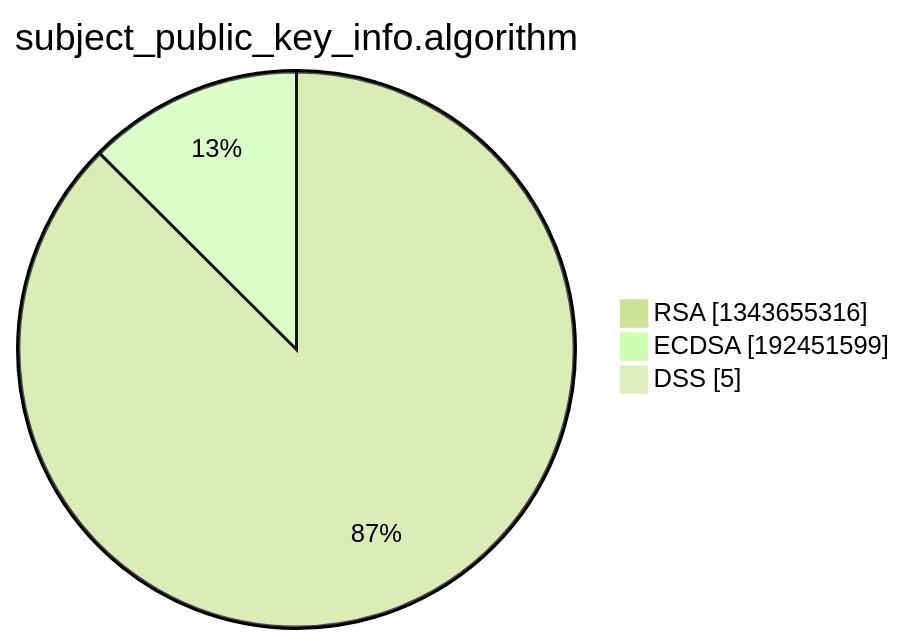
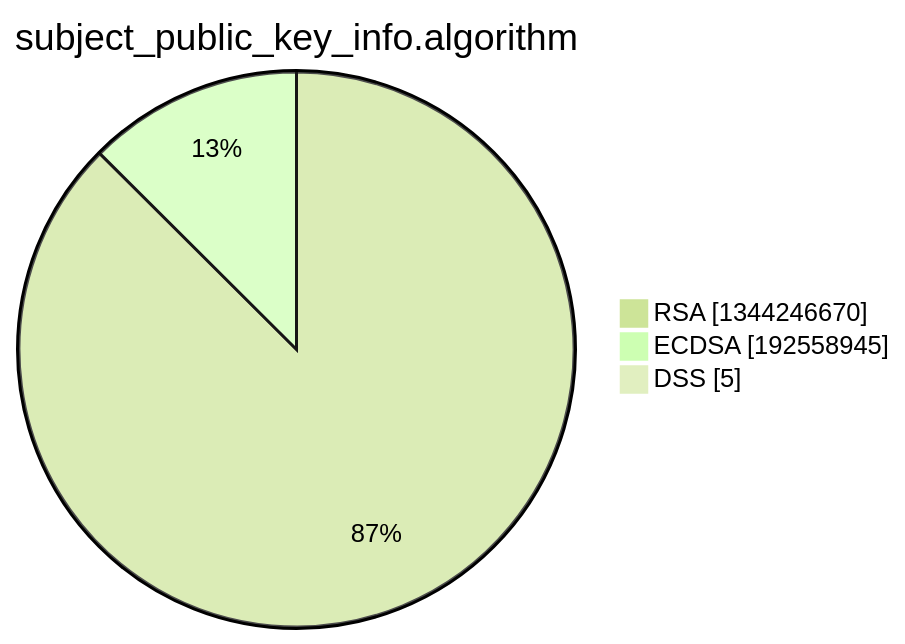
The third of 15 diagrams in xenon2022/README.md (christiankrug/ctmonitor_visualization), drawn with Mermaid (forest theme) before and after one commit. The commit also changed other lines of this file, not shown here.

````diff
--- a/xenon2022/README.md
+++ b/xenon2022/README.md
@@ -14,7 +14,7 @@
 ```mermaid
 pie showData
 title subject_public_key_info.algorithm
-"RSA" :1343655316
-"ECDSA" :192451599
+"RSA" :1344246670
+"ECDSA" :192558945
 "DSS" :5
 ```
````
